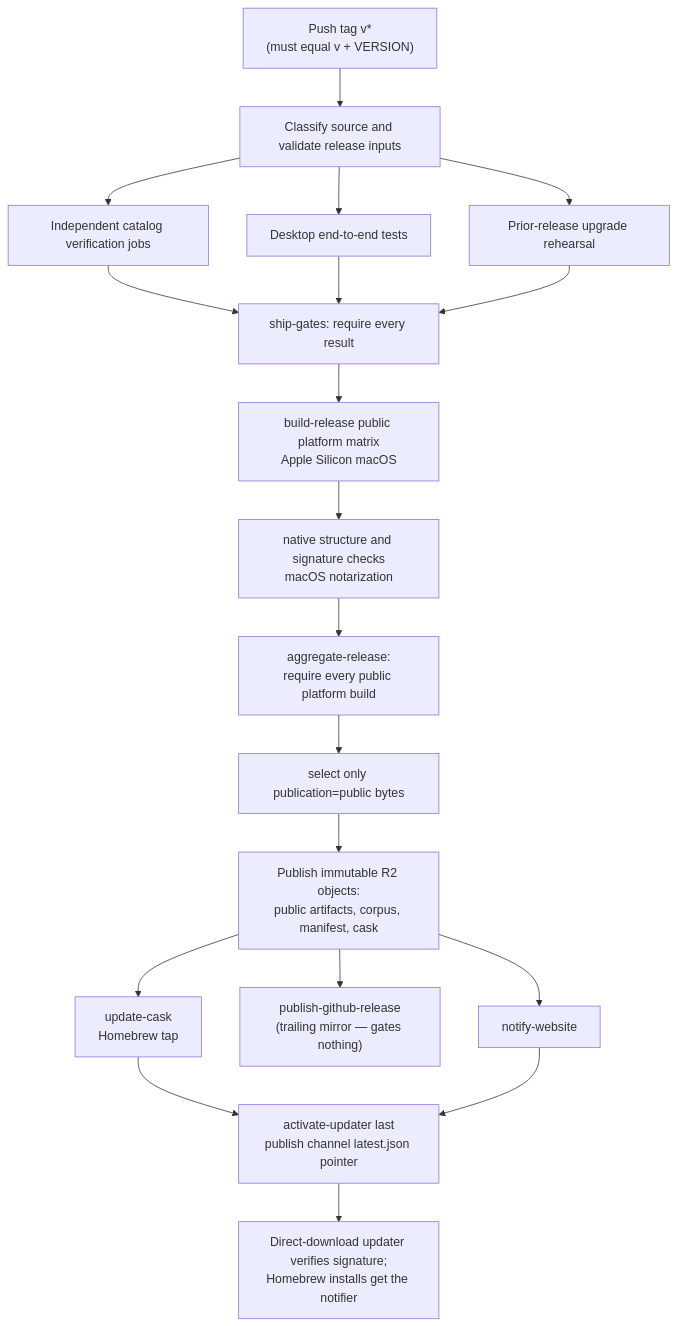
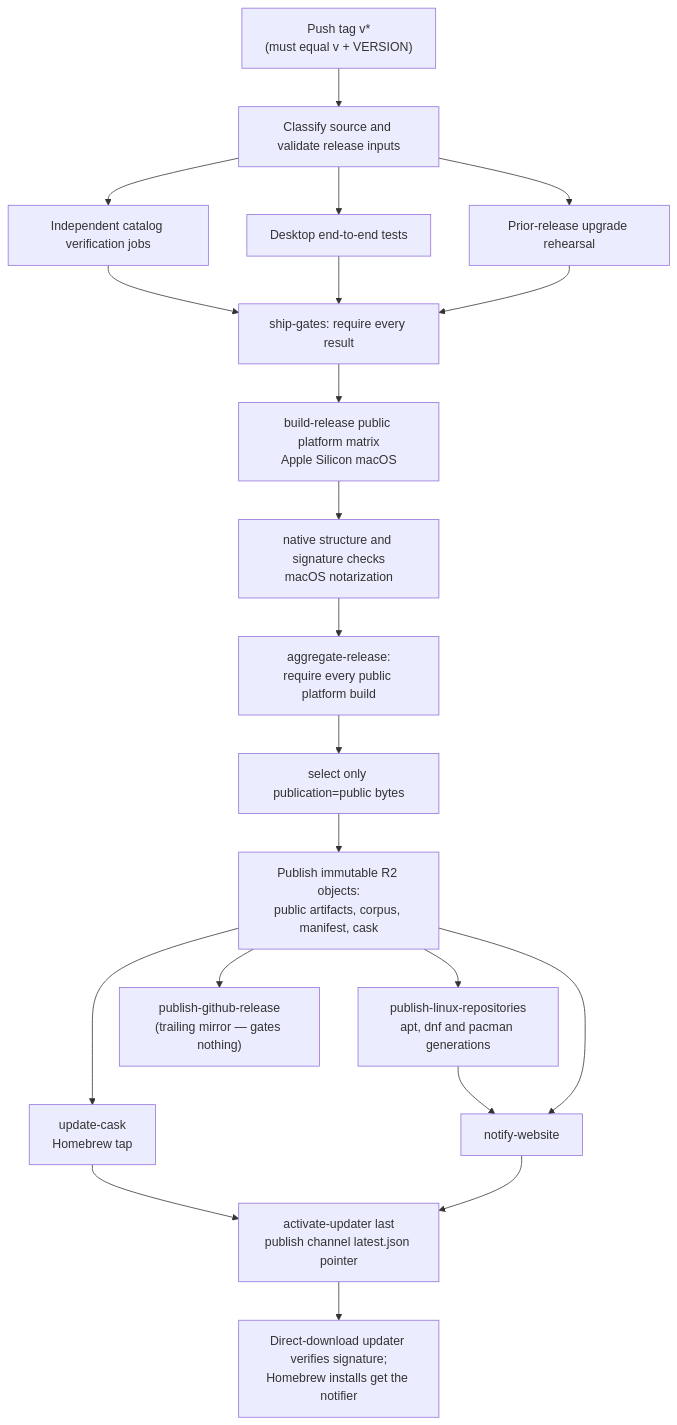
One commit to paintedwolf-ai/paintedwolf-code changed the diagram in docs/dev-tasks.md. Above: the diagram before and after it, drawn with Mermaid. The commit also changed other lines of this file and 28 other files, not shown here.

First line of the commit message:
Publish Linux through the shared release lane

````diff
--- a/docs/dev-tasks.md
+++ b/docs/dev-tasks.md
@@ -949,21 +949,23 @@
 ```mermaid
 flowchart TD
     tag["Push tag v*<br/>(must equal v + VERSION)"] --> preflight["Classify source and validate release inputs"]
     preflight --> checks["Independent catalog verification jobs"]
     preflight --> desktop["Desktop end-to-end tests"]
     preflight --> upgrade["Prior-release upgrade rehearsal"]
     checks --> gates["ship-gates: require every result"]
     desktop --> gates
     upgrade --> gates
     gates --> bundle["build-release public platform matrix<br/>Apple Silicon macOS"]
     bundle --> verify["native structure and signature checks<br/>macOS notarization"]
     verify --> aggregate["aggregate-release:<br/>require every public platform build"]
     aggregate --> boundary["select only publication=public bytes"]
     boundary --> r2["Publish immutable R2 objects:<br/>public artifacts, corpus, manifest, cask"]
     r2 --> cask["update-cask<br/>Homebrew tap"]
+    r2 --> linux["publish-linux-repositories<br/>apt, dnf and pacman generations"]
+    linux --> www
     r2 --> mirror["publish-github-release<br/>(trailing mirror — gates nothing)"]
     r2 --> www["notify-website"]
     cask --> activate["activate-updater last<br/>publish channel latest.json pointer"]
     www --> activate
     activate --> clients["Direct-download updater verifies signature;<br/>Homebrew installs get the notifier"]
 ```
````
